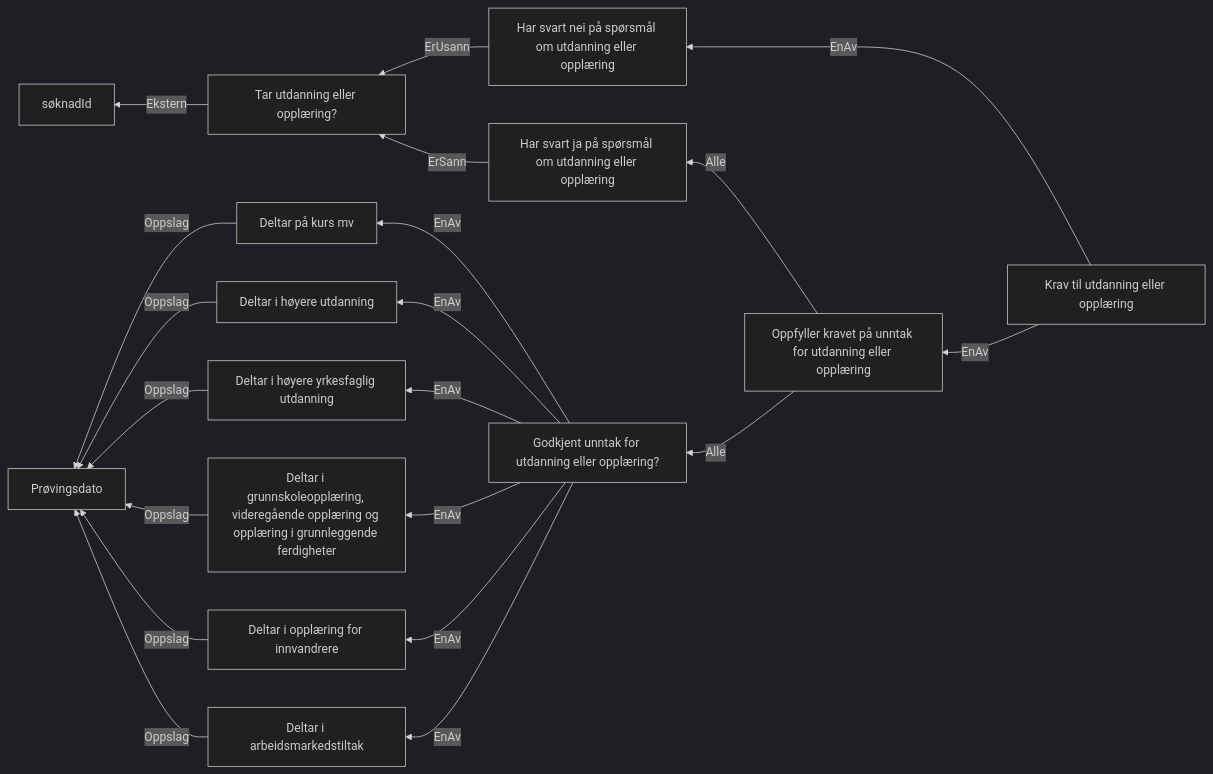
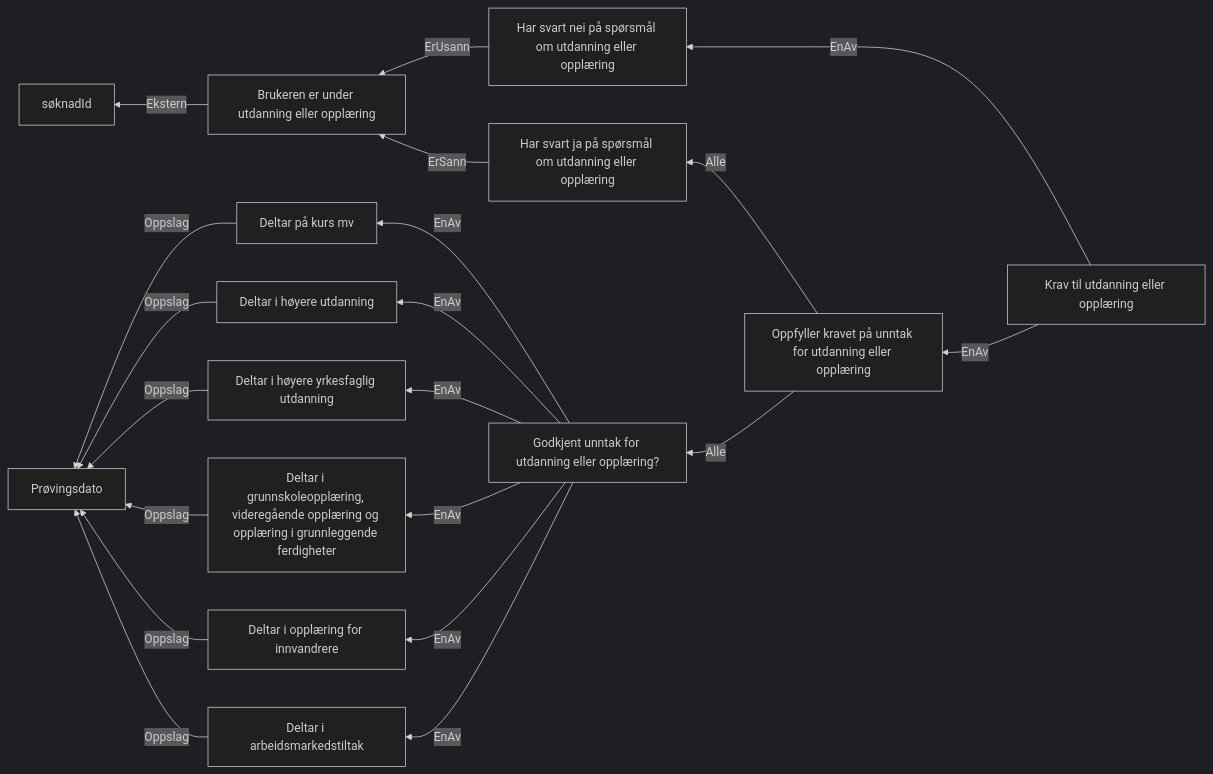
Before and after one commit to navikt/dp-behandling: the diagram in docs/regler/§ 4-6 Utdanning - første og andre avsnitt.approved.md, drawn with Mermaid (dark theme). The commit also changed 29 other files, not shown here.

````diff
--- a/docs/regler/§ 4-6 Utdanning - første og andre avsnitt.approved.md
+++ b/docs/regler/§ 4-6 Utdanning - første og andre avsnitt.approved.md
@@ -5,22 +5,22 @@
 ```mermaid
 graph RL
-  A["Tar utdanning eller opplæring?"] -->|"Ekstern"| B["søknadId"]
+  A["Brukeren er under utdanning eller opplæring"] -->|"Ekstern"| B["søknadId"]
   C["Deltar i arbeidsmarkedstiltak"] -->|"Oppslag"| D["Prøvingsdato"]
   E["Deltar i opplæring for innvandrere"] -->|"Oppslag"| D["Prøvingsdato"]
   F["Deltar i grunnskoleopplæring, videregående opplæring og opplæring i grunnleggende ferdigheter"] -->|"Oppslag"| D["Prøvingsdato"]
   G["Deltar i høyere yrkesfaglig utdanning"] -->|"Oppslag"| D["Prøvingsdato"]
   H["Deltar i høyere utdanning"] -->|"Oppslag"| D["Prøvingsdato"]
   I["Deltar på kurs mv"] -->|"Oppslag"| D["Prøvingsdato"]
   J["Godkjent unntak for utdanning eller opplæring?"] -->|"EnAv"| C["Deltar i arbeidsmarkedstiltak"]
   J["Godkjent unntak for utdanning eller opplæring?"] -->|"EnAv"| E["Deltar i opplæring for innvandrere"]
   J["Godkjent unntak for utdanning eller opplæring?"] -->|"EnAv"| F["Deltar i grunnskoleopplæring, videregående opplæring og opplæring i grunnleggende ferdigheter"]
   J["Godkjent unntak for utdanning eller opplæring?"] -->|"EnAv"| G["Deltar i høyere yrkesfaglig utdanning"]
   J["Godkjent unntak for utdanning eller opplæring?"] -->|"EnAv"| H["Deltar i høyere utdanning"]
   J["Godkjent unntak for utdanning eller opplæring?"] -->|"EnAv"| I["Deltar på kurs mv"]
-  K["Har svart ja på spørsmål om utdanning eller opplæring"] -->|"ErSann"| A["Tar utdanning eller opplæring?"]
-  L["Har svart nei på spørsmål om utdanning eller opplæring"] -->|"ErUsann"| A["Tar utdanning eller opplæring?"]
+  K["Har svart ja på spørsmål om utdanning eller opplæring"] -->|"ErSann"| A["Brukeren er under utdanning eller opplæring"]
+  L["Har svart nei på spørsmål om utdanning eller opplæring"] -->|"ErUsann"| A["Brukeren er under utdanning eller opplæring"]
   M["Oppfyller kravet på unntak for utdanning eller opplæring"] -->|"Alle"| K["Har svart ja på spørsmål om utdanning eller opplæring"]
   M["Oppfyller kravet på unntak for utdanning eller opplæring"] -->|"Alle"| J["Godkjent unntak for utdanning eller opplæring?"]
   N["Krav til utdanning eller opplæring"] -->|"EnAv"| M["Oppfyller kravet på unntak for utdanning eller opplæring"]
   N["Krav til utdanning eller opplæring"] -->|"EnAv"| L["Har svart nei på spørsmål om utdanning eller opplæring"]
 ```
````
